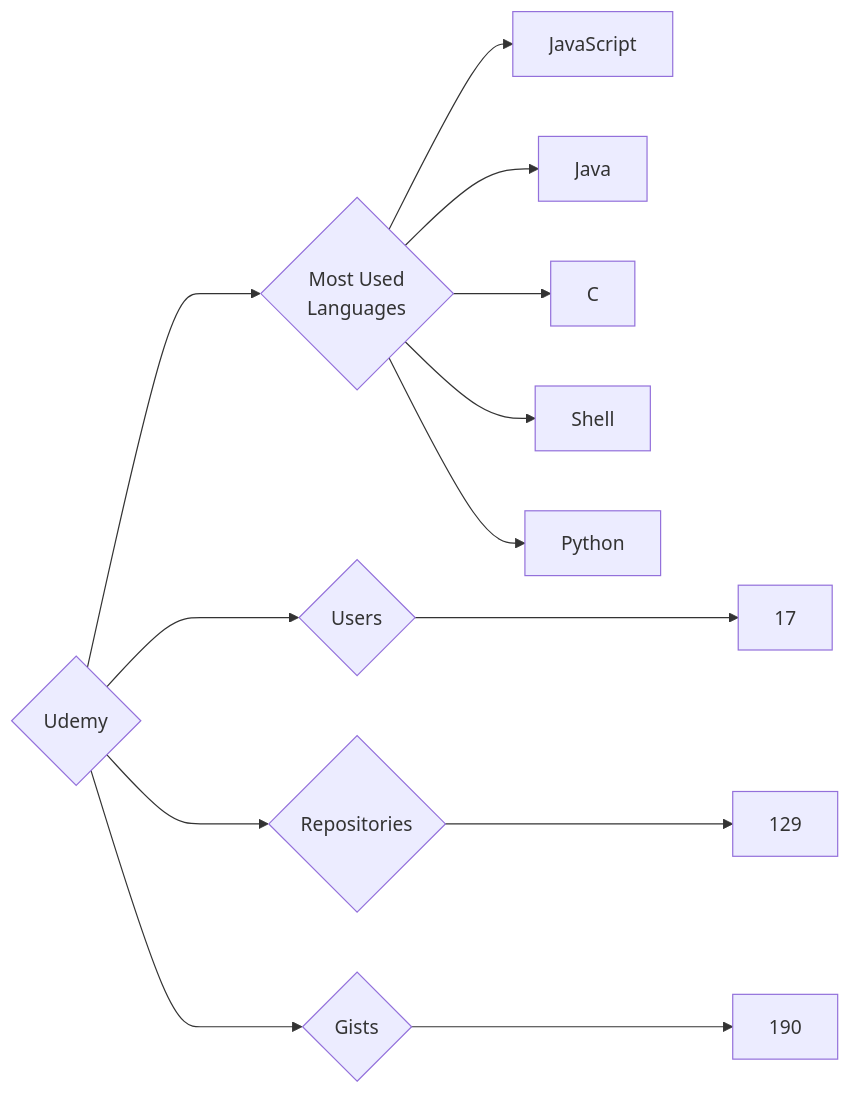
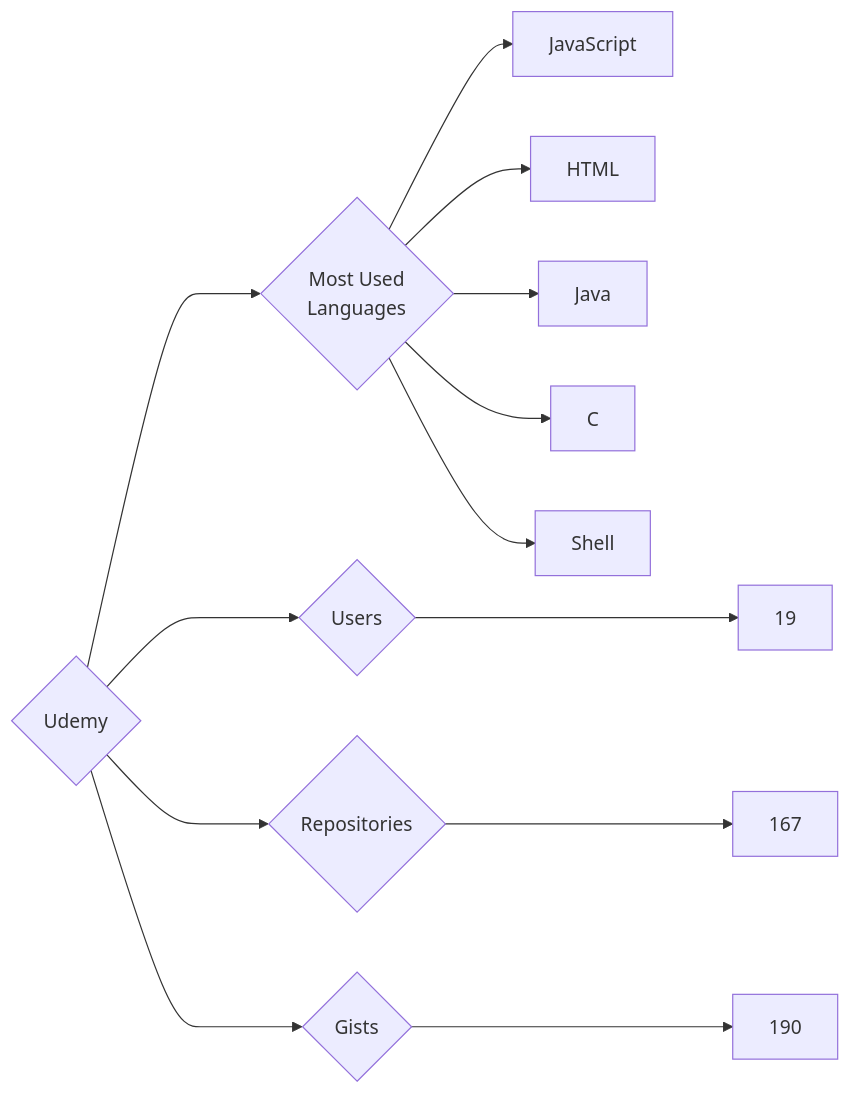
Before and after one commit to trickest/insiders: the diagram in targets/Udemy/README.md, drawn with Mermaid. The commit also changed 682 other files, not shown here.

````diff
--- a/targets/Udemy/README.md
+++ b/targets/Udemy/README.md
@@ -3,13 +3,13 @@
 ```mermaid
 graph LR
 COMPANY_NAME{Udemy}
-COMPANY_NAME ---> U{Users} ---> UN[17]
-COMPANY_NAME ---> R{Repositories} ---> RN[129]
+COMPANY_NAME ---> U{Users} ---> UN[19]
+COMPANY_NAME ---> R{Repositories} ---> RN[167]
 COMPANY_NAME ---> G{Gists} ---> GN[190]
 COMPANY_NAME ---> ML{Most Used<br>Languages}
 ML --> JavaScript[JavaScript]
+ML --> HTML[HTML]
 ML --> Java[Java]
 ML --> C[C]
 ML --> Shell[Shell]
-ML --> Python[Python]
 ```
````
